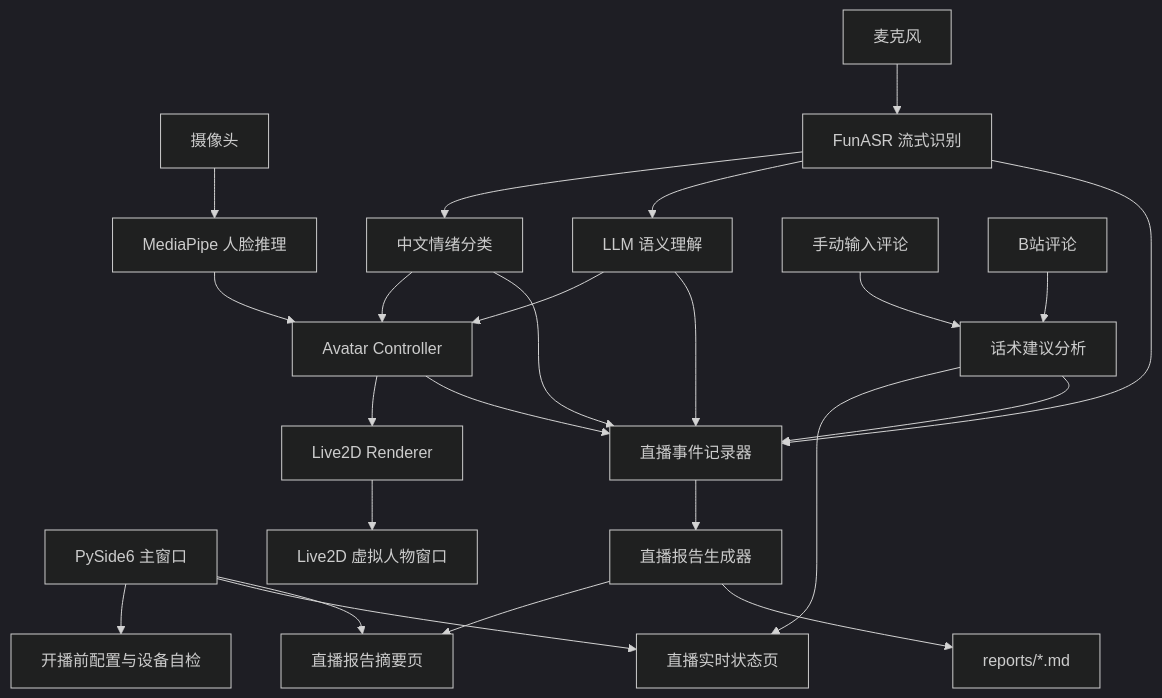
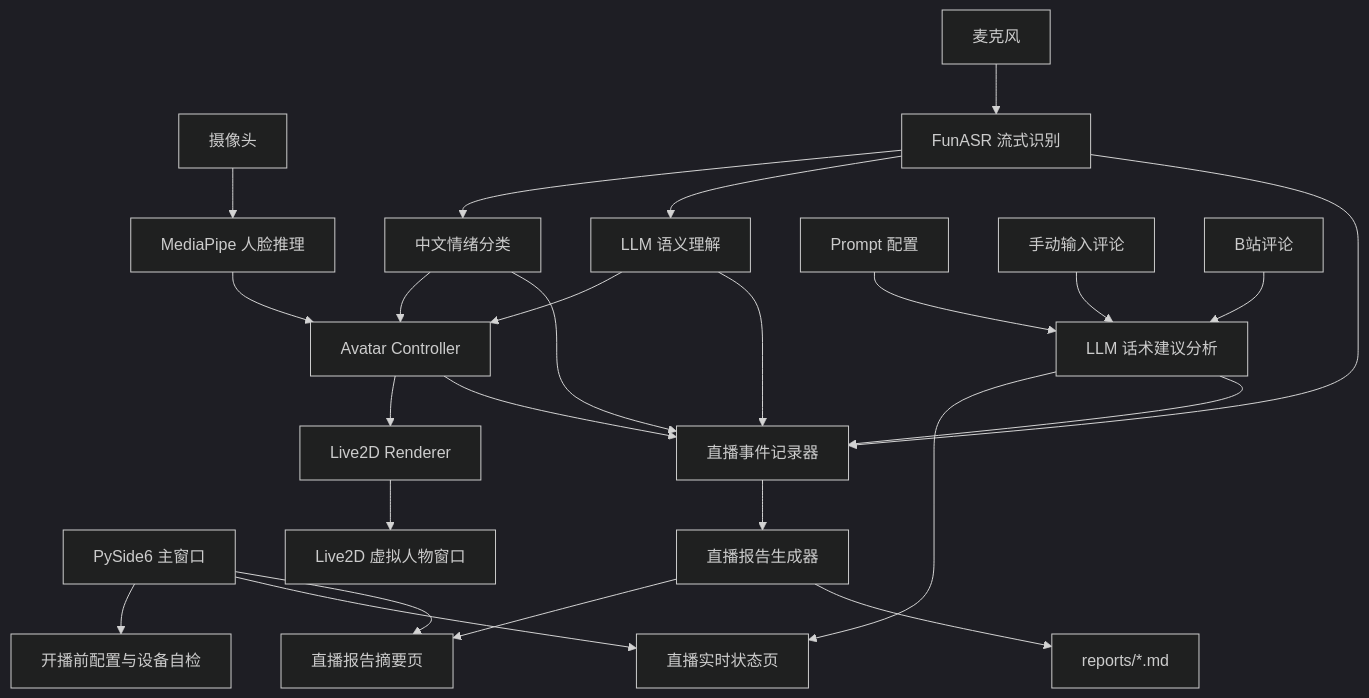
One commit to Hatsukoi-0115/Virtual-Avatar-Intelligent-Driving-System changed the diagram in README.md. Above: the diagram before and after it, drawn with Mermaid (dark theme). The commit also changed other lines of this file and 7 other files, not shown here.

````diff
--- a/README.md
+++ b/README.md
@@ -228,30 +261,31 @@
 ```mermaid
 flowchart TD
     UI["PySide6 主窗口"] --> Settings["开播前配置与设备自检"]
     UI --> Dashboard["直播实时状态页"]
     UI --> Report["直播报告摘要页"]
 
     Camera["摄像头"] --> Vision["MediaPipe 人脸推理"]
     Microphone["麦克风"] --> ASR["FunASR 流式识别"]
     ASR --> Emotion["中文情绪分类"]
     ASR --> LLM["LLM 语义理解"]
 
-    ManualComment["手动输入评论"] --> Advisor["话术建议分析"]
+    Prompt["Prompt 配置"] --> Advisor["LLM 话术建议分析"]
+    ManualComment["手动输入评论"] --> Advisor
     Bilibili["B站评论"] --> Advisor
     Advisor --> Dashboard
     Advisor --> Recorder["直播事件记录器"]
 
     Vision --> Controller["Avatar Controller"]
     Emotion --> Controller
     LLM --> Controller
     Controller --> Renderer["Live2D Renderer"]
     Renderer --> Avatar["Live2D 虚拟人物窗口"]
 
     ASR --> Recorder
     Emotion --> Recorder
     LLM --> Recorder
     Controller --> Recorder
     Recorder --> ReportGenerator["直播报告生成器"]
     ReportGenerator --> Report
     ReportGenerator --> Markdown["reports/*.md"]
 ```
````
